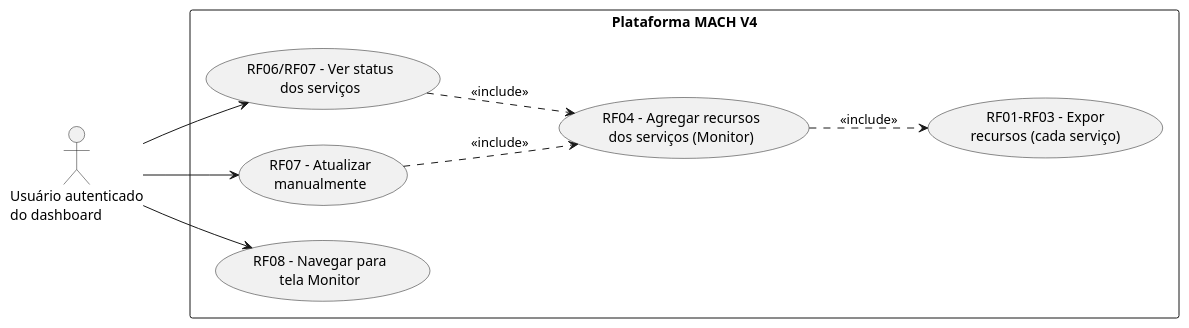
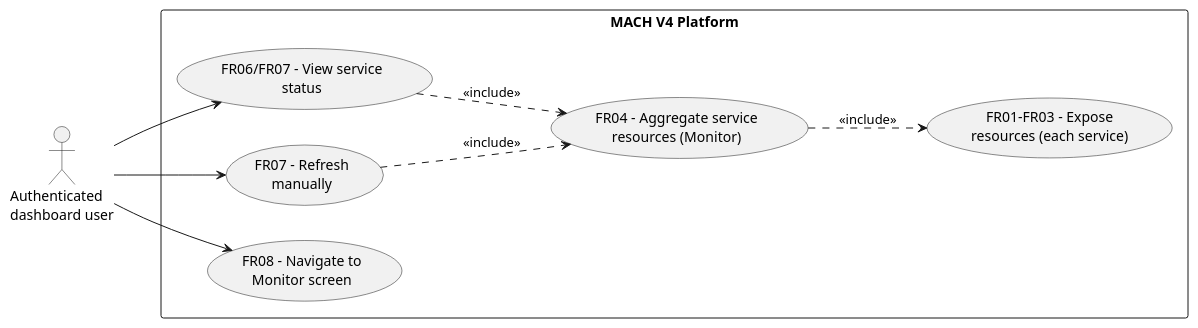
Before and after one commit to GiovaniRodrigo/arquitetura-mach-saas-nocode: the first of 3 diagrams in specs/008-monitor-recursos/spec.md, drawn with PlantUML. The commit also changed other lines of this file and 86 other files, not shown here.

````diff
--- a/specs/008-monitor-recursos/spec.md
+++ b/specs/008-monitor-recursos/spec.md
@@ -127,19 +127,19 @@
 ```plantuml
 @startuml
 left to right direction
-actor "Usuário autenticado\ndo dashboard" as usuario
-rectangle "Plataforma MACH V4" {
-  usecase "RF06/RF07 - Ver status\ndos serviços" as UC1
-  usecase "RF07 - Atualizar\nmanualmente" as UC2
-  usecase "RF08 - Navegar para\ntela Monitor" as UC3
-  usecase "RF04 - Agregar recursos\ndos serviços (Monitor)" as UC4
-  usecase "RF01-RF03 - Expor\nrecursos (cada serviço)" as UC5
+actor "Authenticated\ndashboard user" as usuario
+rectangle "MACH V4 Platform" {
+  usecase "FR06/FR07 - View service\nstatus" as UC1
+  usecase "FR07 - Refresh\nmanually" as UC2
+  usecase "FR08 - Navigate to\nMonitor screen" as UC3
+  usecase "FR04 - Aggregate service\nresources (Monitor)" as UC4
+  usecase "FR01-FR03 - Expose\nresources (each service)" as UC5
 }
 usuario --> UC3
 usuario --> UC1
 usuario --> UC2
 UC1 ..> UC4 : <<include>>
 UC2 ..> UC4 : <<include>>
 UC4 ..> UC5 : <<include>>
 @enduml
 ```
````
